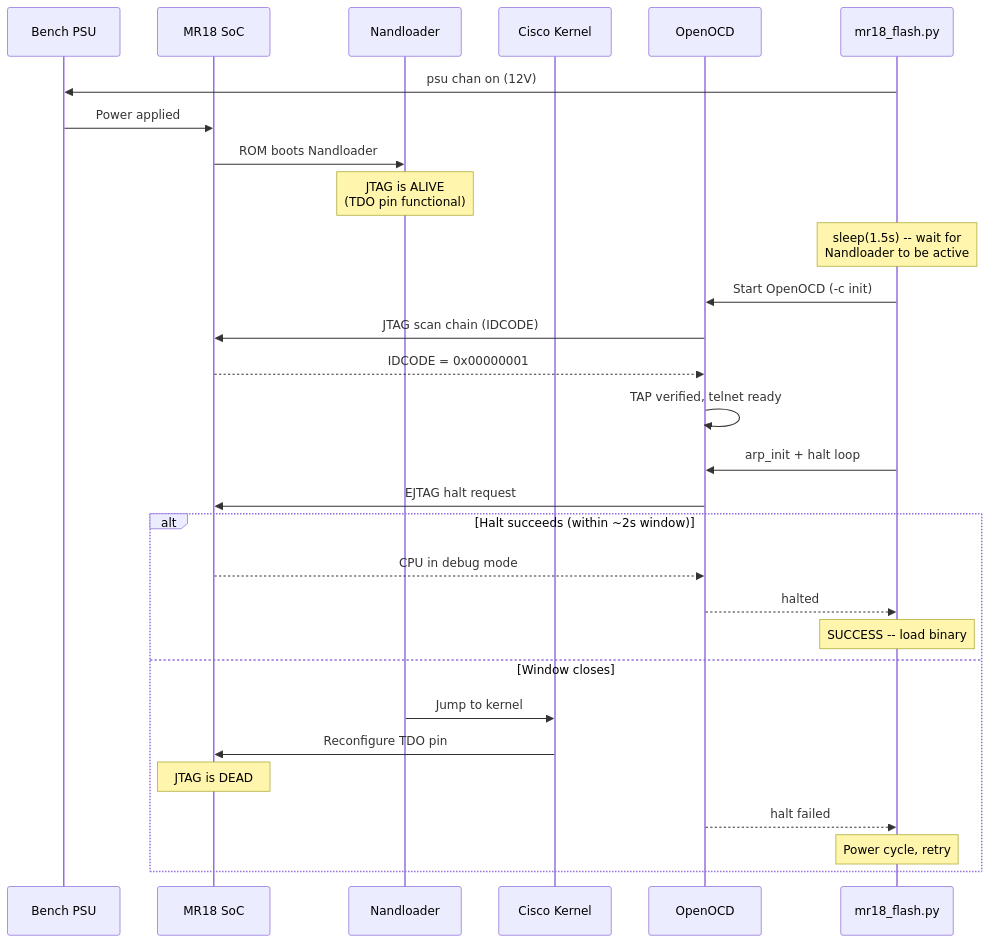
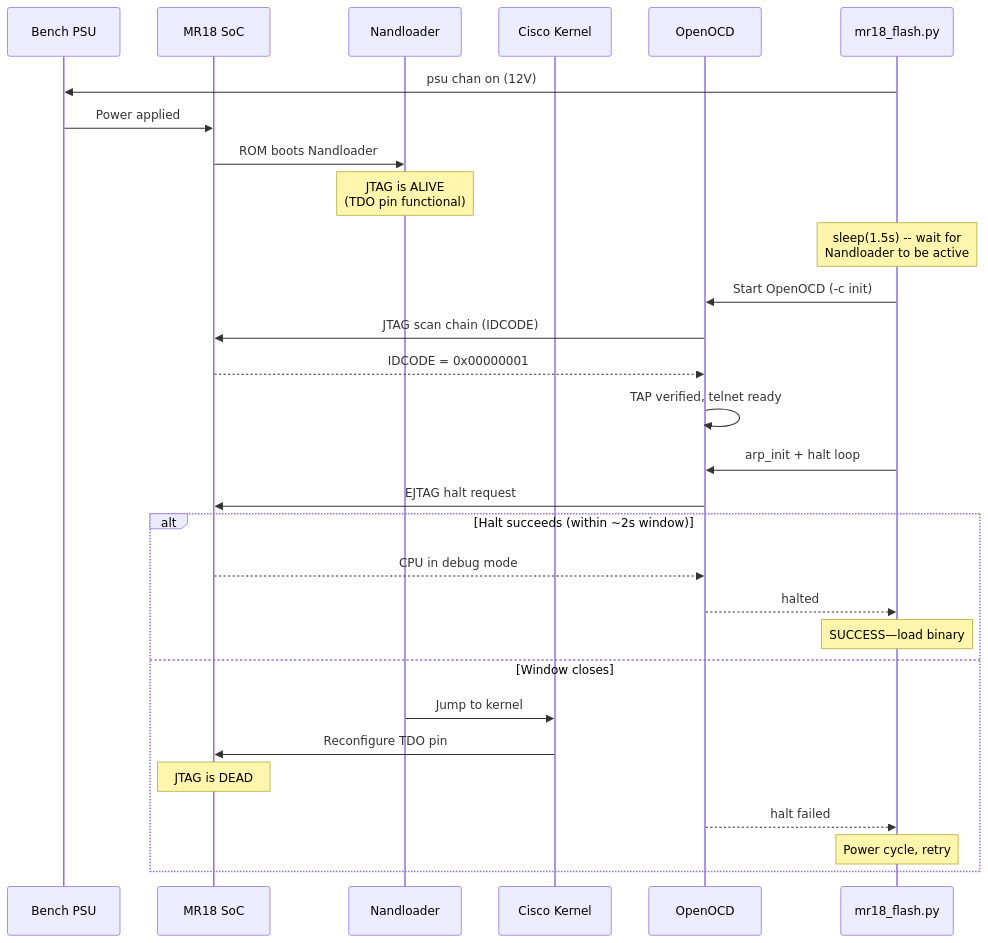
The diagram in docs/technical/jtag-timing-attack.md (bsikar/mr18-openwrt), drawn with Mermaid before and after one commit. The commit also changed other lines of this file and 38 other files, not shown here.

````diff
--- a/docs/technical/jtag-timing-attack.md
+++ b/docs/technical/jtag-timing-attack.md
@@ -17,36 +17,36 @@
 ```mermaid
 sequenceDiagram
     participant PSU as Bench PSU
     participant MR18 as MR18 SoC
     participant NL as Nandloader
     participant CK as Cisco Kernel
     participant OCD as OpenOCD
     participant Script as mr18_flash.py
 
     Script->>PSU: psu chan on (12V)
     PSU->>MR18: Power applied
     MR18->>NL: ROM boots Nandloader
 
     Note over NL: JTAG is ALIVE<br>(TDO pin functional)
     Note over Script: sleep(1.5s) -- wait for<br>Nandloader to be active
 
     Script->>OCD: Start OpenOCD (-c init)
     OCD->>MR18: JTAG scan chain (IDCODE)
     MR18-->>OCD: IDCODE = 0x00000001
     OCD->>OCD: TAP verified, telnet ready
 
     Script->>OCD: arp_init + halt loop
     OCD->>MR18: EJTAG halt request
 
     alt Halt succeeds (within ~2s window)
         MR18-->>OCD: CPU in debug mode
         OCD-->>Script: halted
-        Note over Script: SUCCESS -- load binary
+        Note over Script: SUCCESS—load binary
     else Window closes
         NL->>CK: Jump to kernel
         CK->>MR18: Reconfigure TDO pin
         Note over MR18: JTAG is DEAD
         OCD-->>Script: halt failed
         Note over Script: Power cycle, retry
     end
 ```
````
